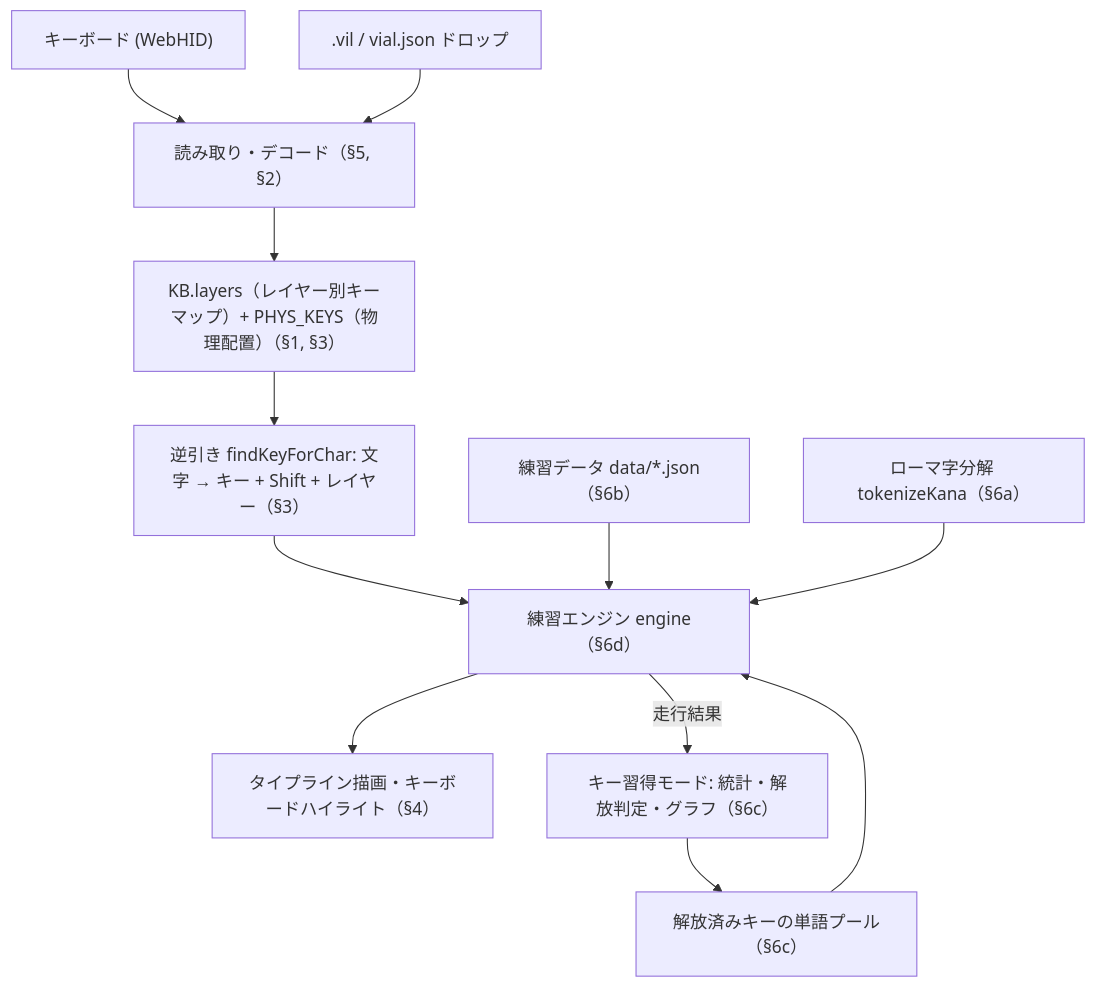
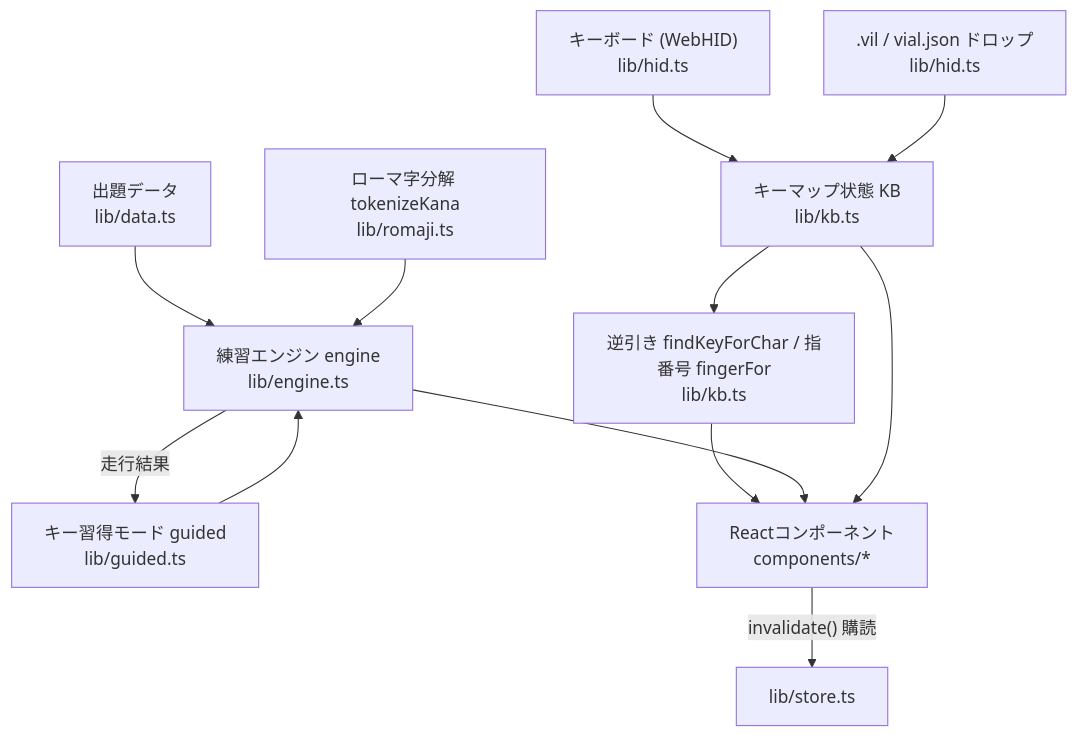
Before and after one commit to niw/vial-typing: the first of 2 diagrams in docs/app-overview.md, drawn with Mermaid. The commit also changed other lines of this file and 32 other files, not shown here.

````diff
--- a/docs/app-overview.md
+++ b/docs/app-overview.md
@@ -11,14 +15,14 @@
 ```mermaid
 flowchart TD
-  hid["キーボード (WebHID)"] --> read["読み取り・デコード（§5, §2）"]
-  vil[".vil / vial.json ドロップ"] --> read
-  read --> km["KB.layers（レイヤー別キーマップ）+ PHYS_KEYS（物理配置）（§1, §3）"]
-  km --> lookup["逆引き findKeyForChar: 文字 → キー + Shift + レイヤー（§3）"]
-  lookup --> engine["練習エンジン engine（§6d）"]
-  data["練習データ data/*.json（§6b）"] --> engine
-  romaji["ローマ字分解 tokenizeKana（§6a）"] --> engine
-  pool["解放済みキーの単語プール（§6c）"] --> engine
-  engine --> render["タイプライン描画・キーボードハイライト（§4）"]
-  engine -- 走行結果 --> guided["キー習得モード: 統計・解放判定・グラフ（§6c）"]
-  guided --> pool
+  hid["キーボード (WebHID)<br>lib/hid.ts"] --> km["キーマップ状態 KB<br>lib/kb.ts"]
+  vil[".vil / vial.json ドロップ<br>lib/hid.ts"] --> km
+  km --> lookup["逆引き findKeyForChar / 指番号 fingerFor<br>lib/kb.ts"]
+  data["出題データ<br>lib/data.ts"] --> engine["練習エンジン engine<br>lib/engine.ts"]
+  romaji["ローマ字分解 tokenizeKana<br>lib/romaji.ts"] --> engine
+  guided["キー習得モード guided<br>lib/guided.ts"] --> engine
+  engine -- 走行結果 --> guided
+  lookup --> view
+  engine --> view["Reactコンポーネント<br>components/*"]
+  km --> view
+  view -- "invalidate() 購読" --> store["lib/store.ts"]
 ```
````
